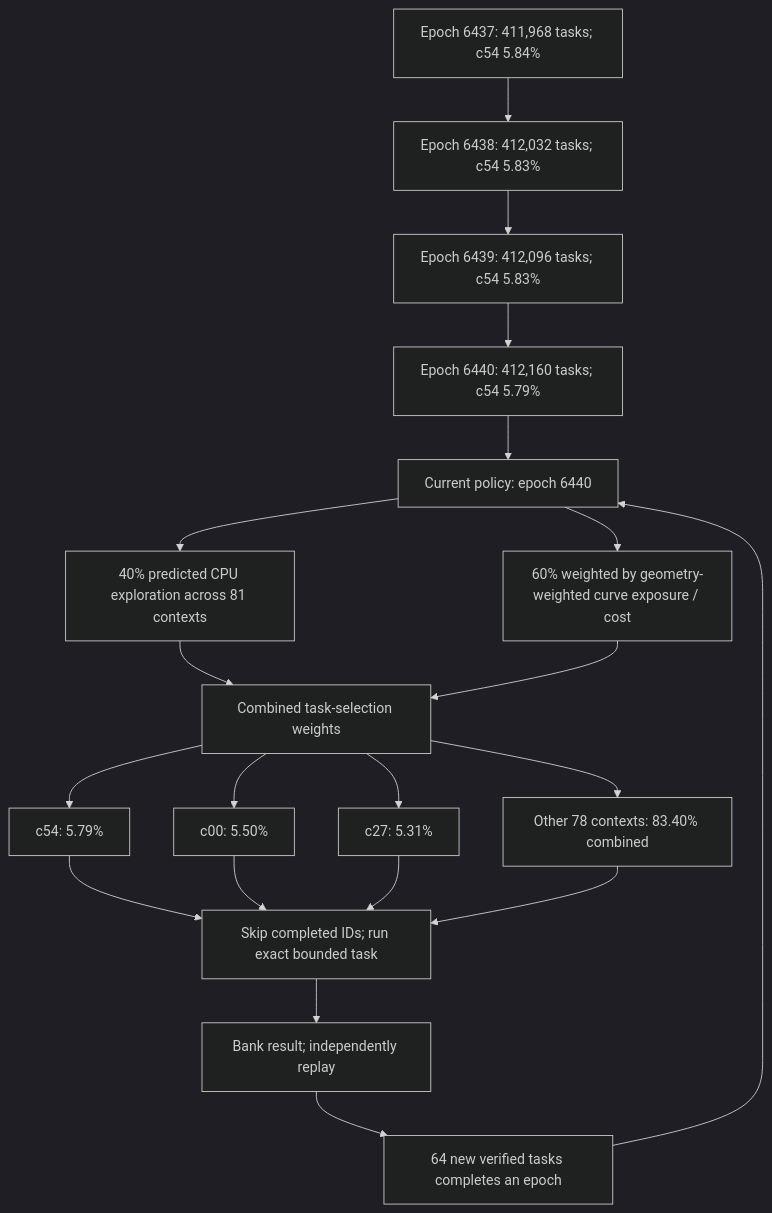
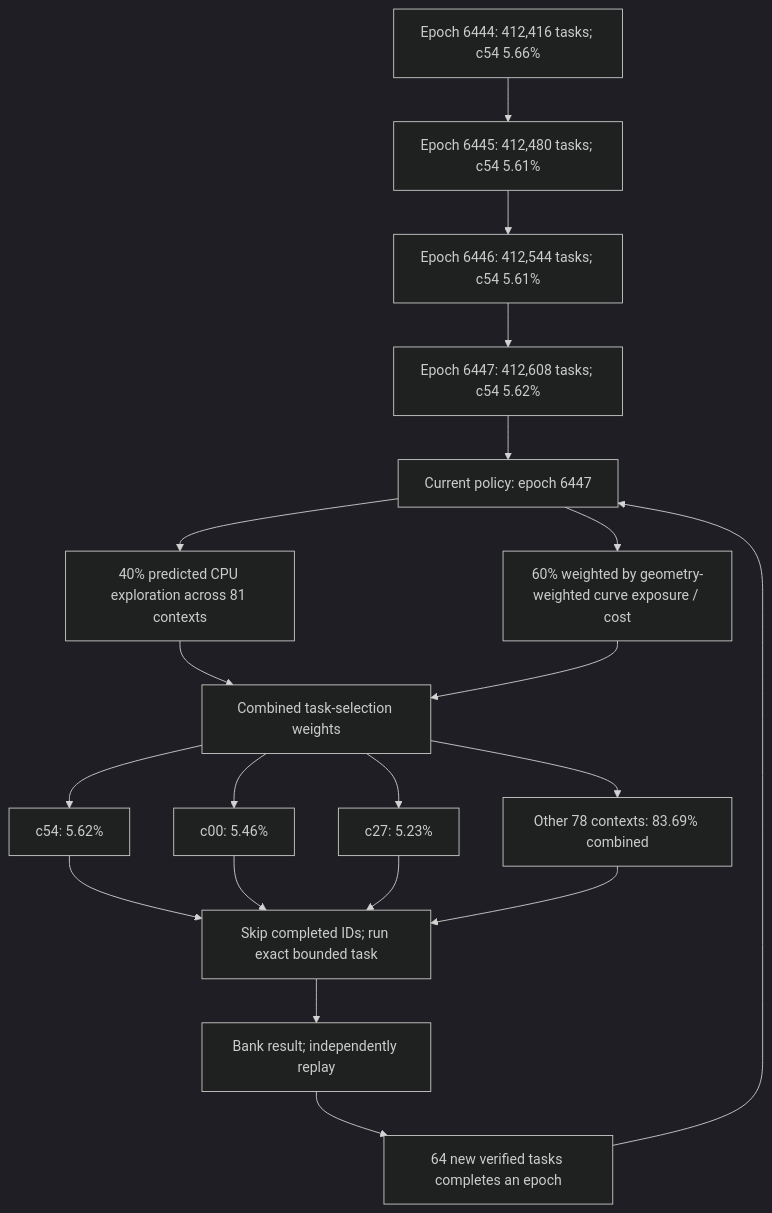
One commit to Kuberwastaken/math-gambling changed the first of 4 diagrams in README.md. Above: the diagram before and after it, drawn with Mermaid (dark theme). The commit also changed other lines of this file and 1424 other files, not shown here.

````diff
--- a/README.md
+++ b/README.md
@@ -60,27 +60,27 @@
 ```mermaid
 flowchart TD
-    H0["Epoch 6437: 411,968 tasks; c54 5.84%"]
-    H1["Epoch 6438: 412,032 tasks; c54 5.83%"]
+    H0["Epoch 6444: 412,416 tasks; c54 5.66%"]
+    H1["Epoch 6445: 412,480 tasks; c54 5.61%"]
     H0 --> H1
-    H2["Epoch 6439: 412,096 tasks; c54 5.83%"]
+    H2["Epoch 6446: 412,544 tasks; c54 5.61%"]
     H1 --> H2
-    H3["Epoch 6440: 412,160 tasks; c54 5.79%"]
+    H3["Epoch 6447: 412,608 tasks; c54 5.62%"]
     H2 --> H3
-    Policy["Current policy: epoch 6440"]
+    Policy["Current policy: epoch 6447"]
     H3 --> Policy
     Policy --> Explore["40% predicted CPU exploration across 81 contexts"]
     Policy --> Cost["60% weighted by geometry-weighted curve exposure / cost"]
     Explore --> Mix["Combined task-selection weights"]
     Cost --> Mix
-    Mix --> C0["c54: 5.79%"]
-    Mix --> C1["c00: 5.50%"]
-    Mix --> C2["c27: 5.31%"]
-    Mix --> Rest["Other 78 contexts: 83.40% combined"]
+    Mix --> C0["c54: 5.62%"]
+    Mix --> C1["c00: 5.46%"]
+    Mix --> C2["c27: 5.23%"]
+    Mix --> Rest["Other 78 contexts: 83.69% combined"]
     C0 --> Check["Skip completed IDs; run exact bounded task"]
     C1 --> Check
     C2 --> Check
     Rest --> Check
     Check --> Replay["Bank result; independently replay"]
     Replay --> Gate["64 new verified tasks completes an epoch"]
     Gate --> Policy
 ```
````
